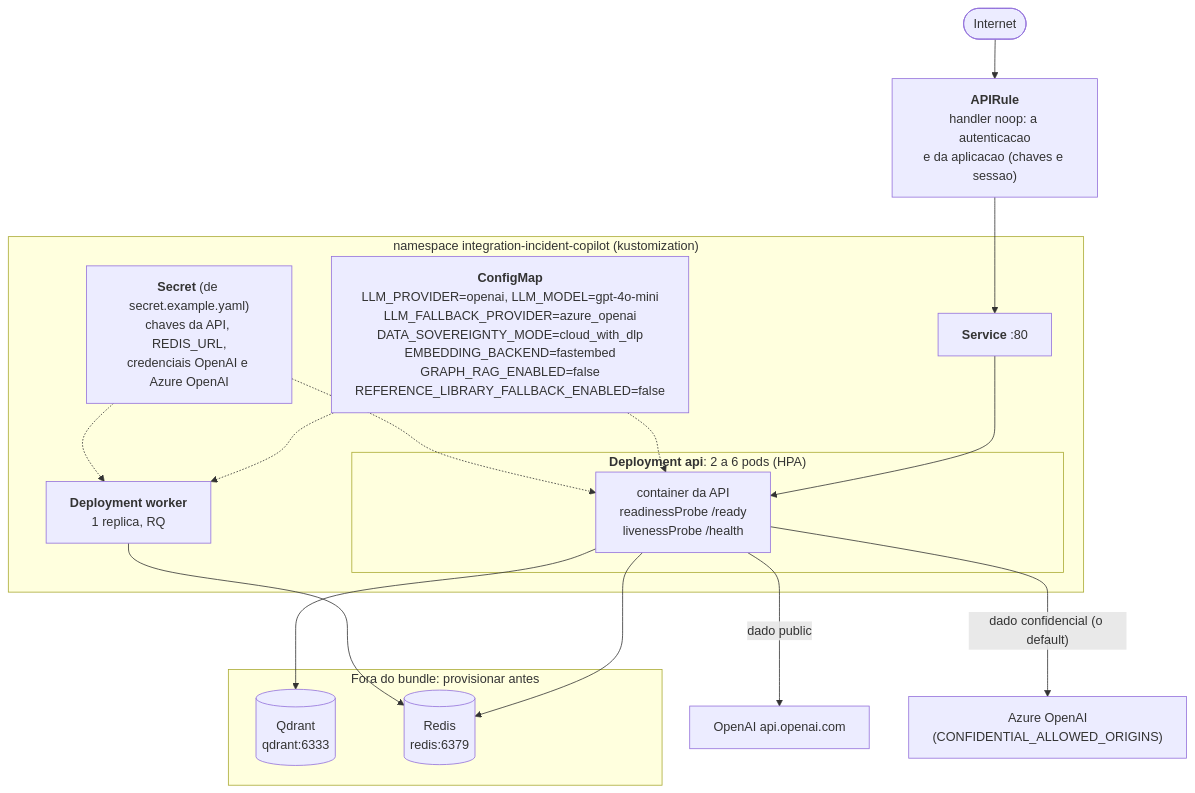
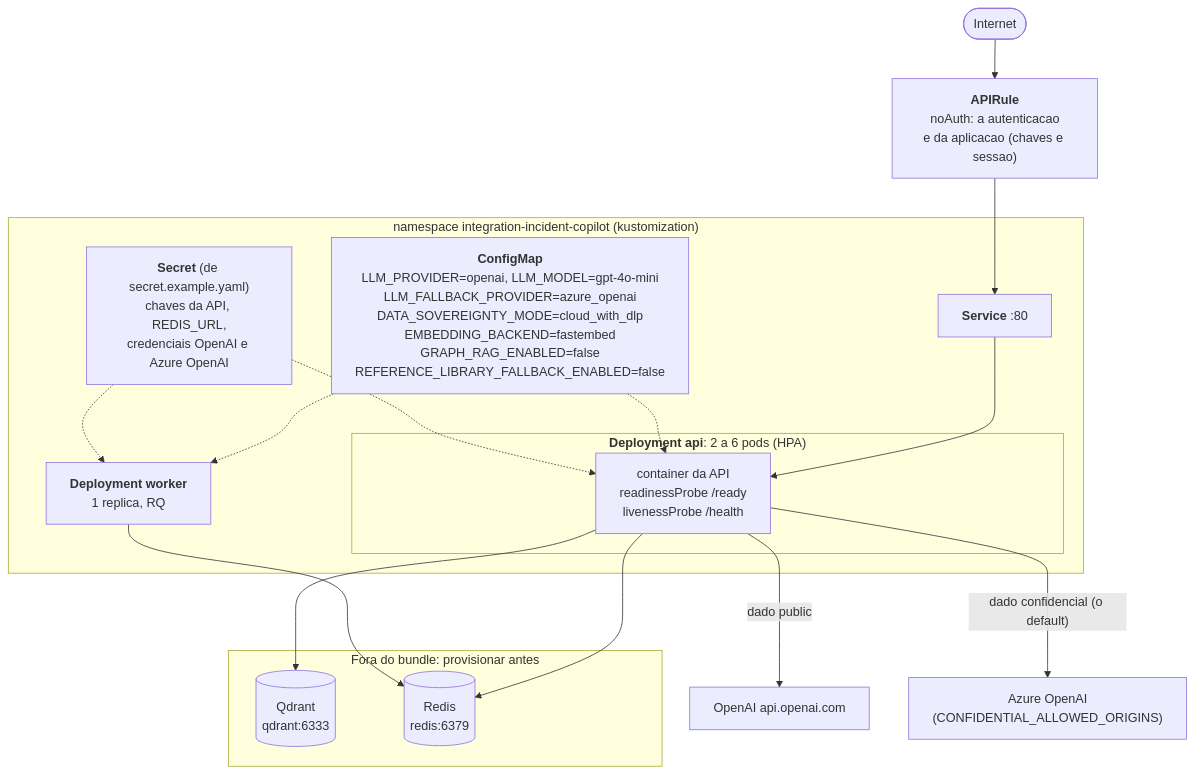
One commit to marcos-slima/integration-incident-copilot changed diagram 15 of 15 in docs/ARCHITECTURE.md. Above: the diagram before and after it, drawn with Mermaid. The commit also changed other lines of this file and 51 other files, not shown here.

````diff
--- a/docs/ARCHITECTURE.md
+++ b/docs/ARCHITECTURE.md
@@ -551,28 +551,28 @@
 ```mermaid
 flowchart TB
-    net(["Internet"]) --> ar["<b>APIRule</b><br/>handler noop: a autenticacao<br/>e da aplicacao (chaves e sessao)"]
+    net(["Internet"]) --> ar["<b>APIRule</b><br/>noAuth: a autenticacao<br/>e da aplicacao (chaves e sessao)"]
     ar --> svc["<b>Service</b> :80"]
     subgraph ns["namespace integration-incident-copilot (kustomization)"]
         svc
         subgraph api["<b>Deployment api</b>: 2 a 6 pods (HPA)"]
             pod["container da API<br/>readinessProbe /ready<br/>livenessProbe /health"]
         end
         wk["<b>Deployment worker</b><br/>1 replica, RQ"]
         cm["<b>ConfigMap</b><br/>LLM_PROVIDER=openai, LLM_MODEL=gpt-4o-mini<br/>LLM_FALLBACK_PROVIDER=azure_openai<br/>DATA_SOVEREIGNTY_MODE=cloud_with_dlp<br/>EMBEDDING_BACKEND=fastembed<br/>GRAPH_RAG_ENABLED=false<br/>REFERENCE_LIBRARY_FALLBACK_ENABLED=false"]
         sec["<b>Secret</b> (de secret.example.yaml)<br/>chaves da API, REDIS_URL,<br/>credenciais OpenAI e Azure OpenAI"]
     end
     svc --> pod
     cm -.-> pod
     sec -.-> pod
     cm -.-> wk
     sec -.-> wk
     subgraph fora["Fora do bundle: provisionar antes"]
         qd[("Qdrant<br/>qdrant:6333")]
         rd[("Redis<br/>redis:6379")]
     end
     pod --> qd
     pod --> rd
     wk --> rd
     pod -->|"dado public"| oai["OpenAI api.openai.com"]
     pod -->|"dado confidencial (o default)"| az["Azure OpenAI<br/>(CONFIDENTIAL_ALLOWED_ORIGINS)"]
 ```
````
